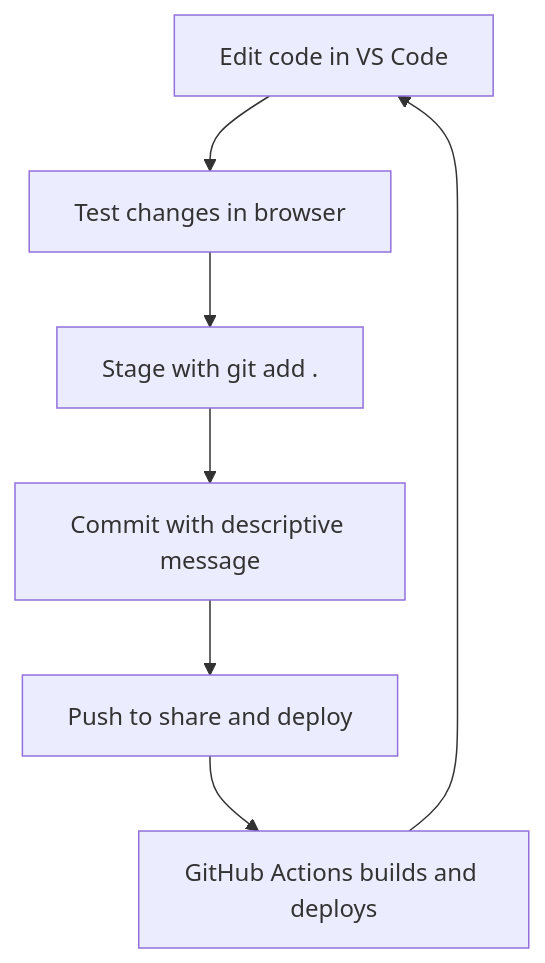
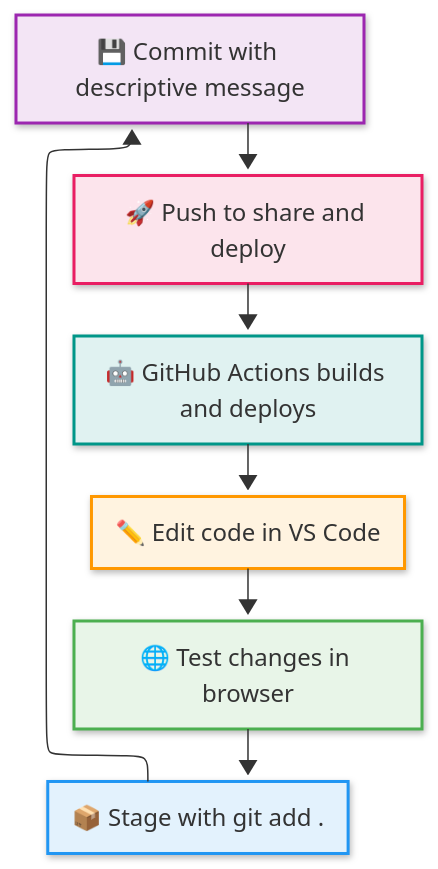
The second of 2 diagrams in session-guides/SESSION-10.md (wizcamp/wizcamp-realms-demo), drawn with Mermaid before and after one commit. The commit also changed other lines of this file and 31 other files, not shown here.

````diff
--- a/session-guides/SESSION-10.md
+++ b/session-guides/SESSION-10.md
@@ -200,9 +252,28 @@
 ```mermaid
+---
+config:
+  layout: elk
+  look: neo
+---
 flowchart TD
-    A[Edit code in VS Code] --> B[Test changes in browser]
-    B --> C[Stage with git add .]
-    C --> D[Commit with descriptive message]
-    D --> E[Push to share and deploy]
-    E --> F[GitHub Actions builds and deploys]
+    A["✏️ Edit code in VS Code"] --> B["🌐 Test changes in browser"]
+    B --> C["📦 Stage with git add ."]
+    C --> D["💾 Commit with descriptive message"]
+    D --> E["🚀 Push to share and deploy"]
+    E --> F["🤖 GitHub Actions builds and deploys"]
     F --> A
+    
+    A:::edit
+    B:::test
+    C:::stage
+    D:::commit
+    E:::push
+    F:::deploy
+    
+    classDef edit fill:#fff3e0,stroke:#ff9800,stroke-width:2px
+    classDef test fill:#e8f5e8,stroke:#4caf50,stroke-width:2px
+    classDef stage fill:#e3f2fd,stroke:#2196f3,stroke-width:2px
+    classDef commit fill:#f3e5f5,stroke:#9c27b0,stroke-width:2px
+    classDef push fill:#fce4ec,stroke:#e91e63,stroke-width:2px
+    classDef deploy fill:#e0f2f1,stroke:#009688,stroke-width:2px
 ```
````
